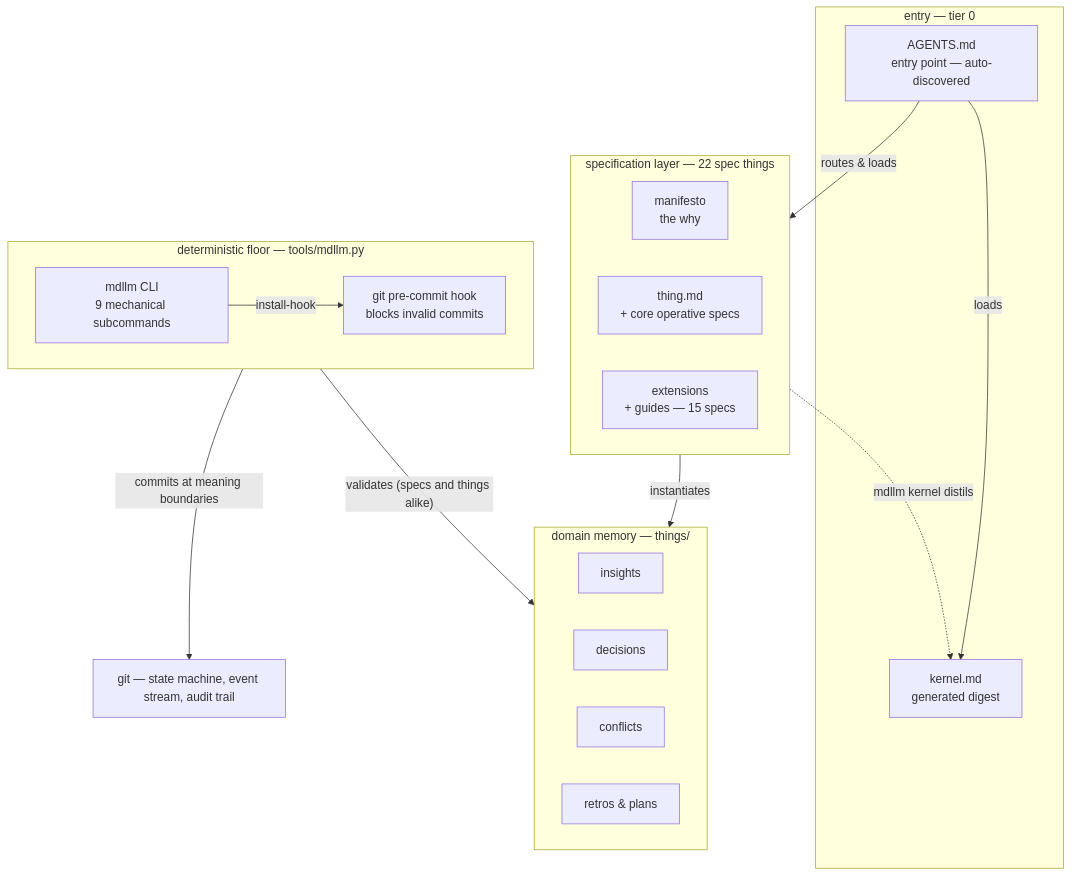
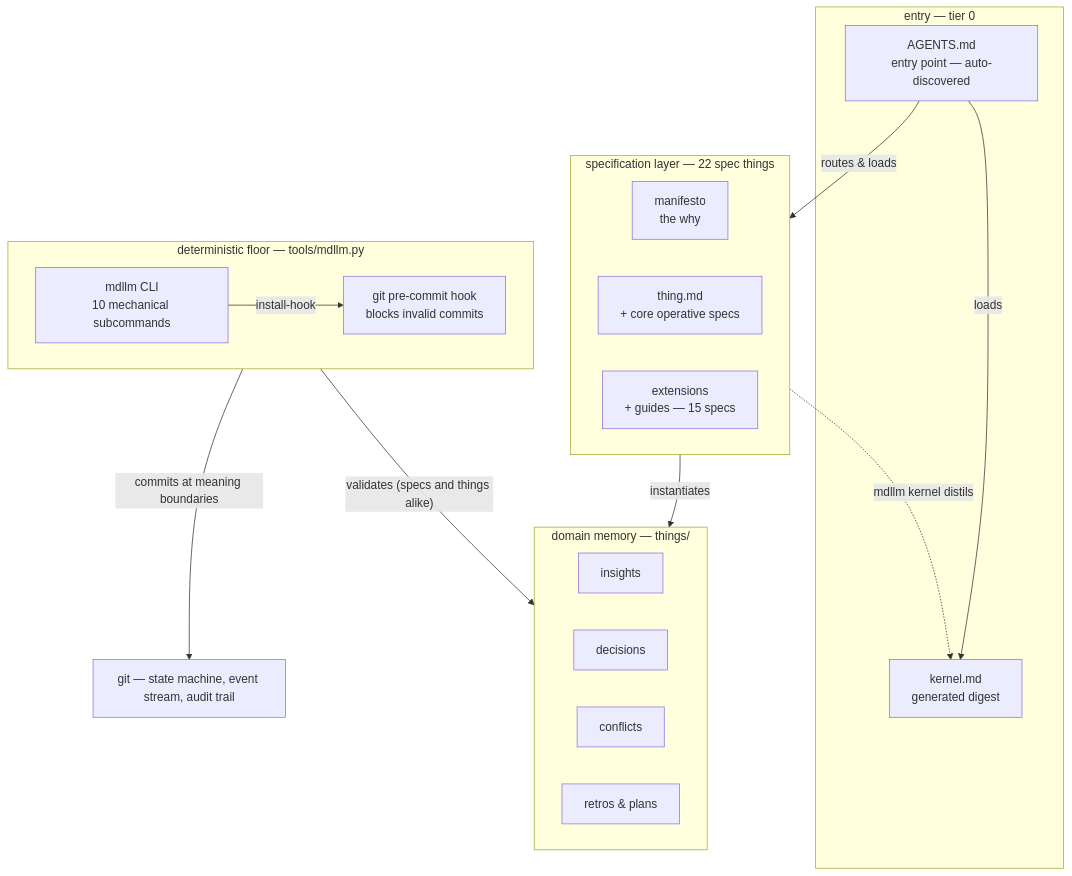
One commit to JanoshMoshiri/MarkdownLLM changed the first of 3 diagrams in framework-map.md. Above: the diagram before and after it, drawn with Mermaid. The commit also changed other lines of this file and 5 other files, not shown here.

````diff
--- a/framework-map.md
+++ b/framework-map.md
@@ -51,31 +51,31 @@
 ```mermaid
 flowchart TD
     subgraph entry ["entry — tier 0"]
         AGENTS["AGENTS.md<br/>entry point — auto-discovered"]
         KERNEL["kernel.md<br/>generated digest"]
     end
     subgraph specs ["specification layer — 22 spec things"]
         MANIFESTO["manifesto<br/>the why"]
         THING["thing.md<br/>+ core operative specs"]
         EXT["extensions<br/>+ guides — 15 specs"]
     end
     subgraph memory ["domain memory — things/"]
         INSIGHTS["insights"]
         DECISIONS["decisions"]
         CONFLICTS["conflicts"]
         RETROS["retros & plans"]
     end
     subgraph floor ["deterministic floor — tools/mdllm.py"]
-        MDLLM["mdllm CLI<br/>9 mechanical subcommands"]
+        MDLLM["mdllm CLI<br/>10 mechanical subcommands"]
         HOOK["git pre-commit hook<br/>blocks invalid commits"]
     end
     GIT["git — state machine, event stream, audit trail"]
 
     AGENTS -->|loads| KERNEL
     AGENTS -->|routes & loads| specs
     specs -.->|"mdllm kernel distils"| KERNEL
     specs -->|instantiates| memory
     MDLLM -->|install-hook| HOOK
     floor -->|"validates (specs and things alike)"| memory
     floor -->|commits at meaning boundaries| GIT
 ```
````
